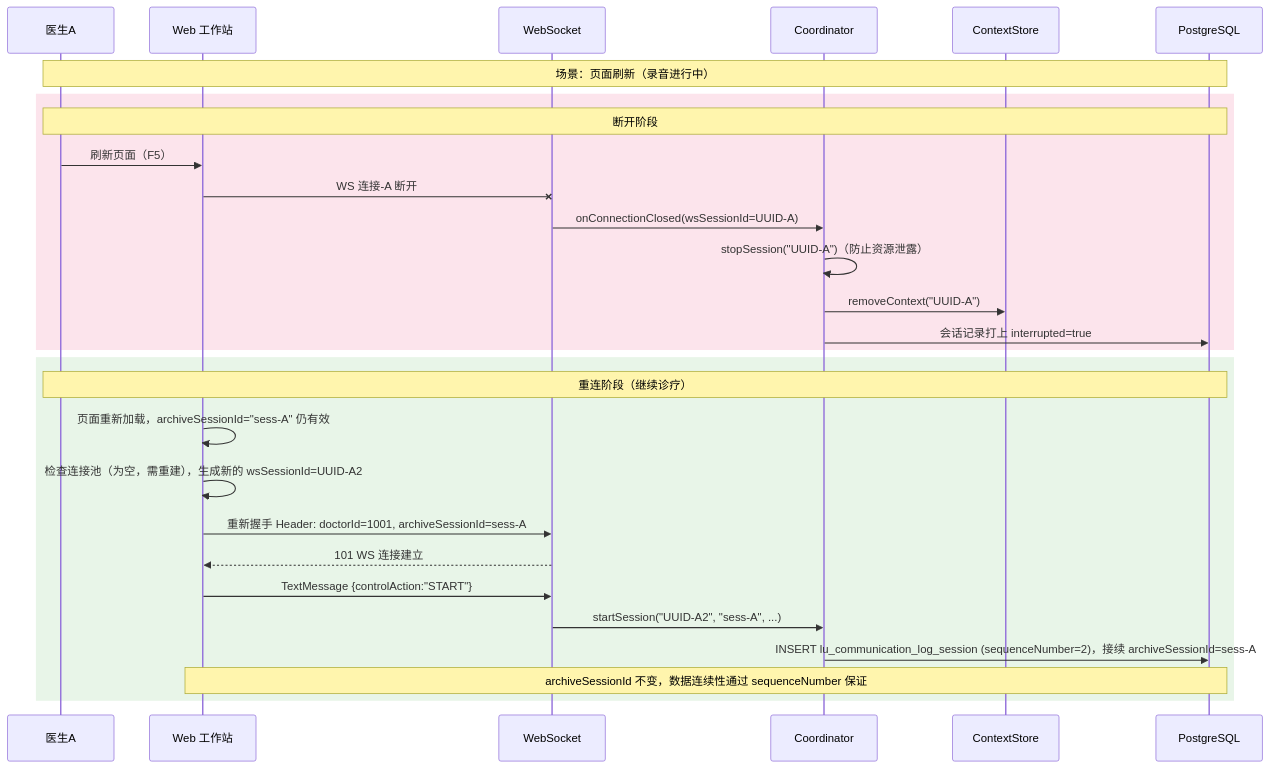
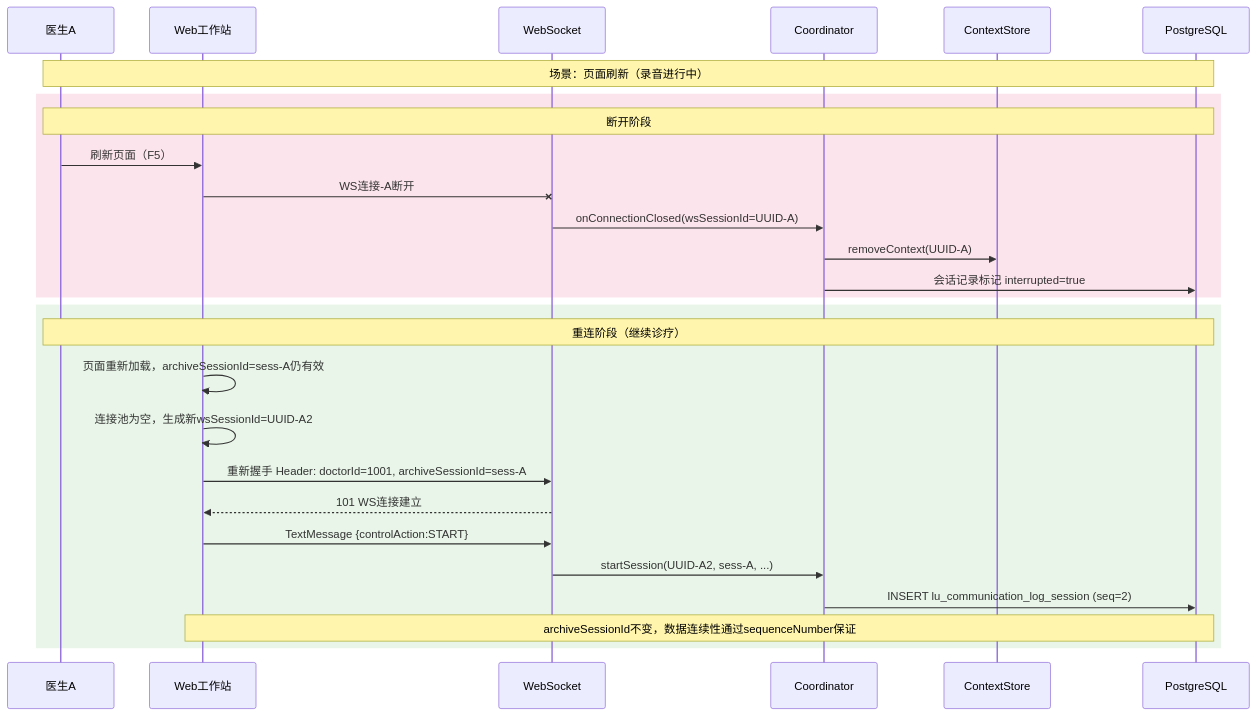
The fifth of 6 diagrams in uml/goodsop/v1.5-recording/web-recording.md (Gamehu/pictures-bed), drawn with Mermaid before and after one commit. The commit also changed other lines of this file and 2 other files, not shown here.

First line of the commit message:
fix: 修复 Mermaid 架构图渲染问题

````diff
--- a/uml/goodsop/v1.5-recording/web-recording.md
+++ b/uml/goodsop/v1.5-recording/web-recording.md
@@ -232,33 +225,32 @@
 ```mermaid
 sequenceDiagram
     participant 医生A
-    participant WEB as Web 工作站
+    participant WEB as Web工作站
     participant GW as WebSocket
     participant Coord as Coordinator
     participant Store as ContextStore
     participant DB as PostgreSQL
 
     Note over 医生A,DB: 场景：页面刷新（录音进行中）
 
     rect rgb(252, 228, 236)
         Note over 医生A,DB: 断开阶段
         医生A ->> WEB: 刷新页面（F5）
-        WEB -x GW: WS 连接-A 断开
+        WEB -x GW: WS连接-A断开
         GW ->> Coord: onConnectionClosed(wsSessionId=UUID-A)
-        Coord ->> Coord: stopSession("UUID-A")（防止资源泄露）
-        Coord ->> Store: removeContext("UUID-A")
-        Coord ->> DB: 会话记录打上 interrupted=true
+        Coord ->> Store: removeContext(UUID-A)
+        Coord ->> DB: 会话记录标记 interrupted=true
     end
 
     rect rgb(232, 245, 232)
         Note over 医生A,DB: 重连阶段（继续诊疗）
-        WEB ->> WEB: 页面重新加载，archiveSessionId="sess-A" 仍有效
-        WEB ->> WEB: 检查连接池（为空，需重建），生成新的 wsSessionId=UUID-A2
+        WEB ->> WEB: 页面重新加载，archiveSessionId=sess-A仍有效
+        WEB ->> WEB: 连接池为空，生成新wsSessionId=UUID-A2
         WEB ->> GW: 重新握手 Header: doctorId=1001, archiveSessionId=sess-A
-        GW -->> WEB: 101 WS 连接建立
-        WEB ->> GW: TextMessage {controlAction:"START"}
-        GW ->> Coord: startSession("UUID-A2", "sess-A", ...)
-        Coord ->> DB: INSERT lu_communication_log_session (sequenceNumber=2)，接续 archiveSessionId=sess-A
-        Note over WEB,DB: archiveSessionId 不变，数据连续性通过 sequenceNumber 保证
+        GW -->> WEB: 101 WS连接建立
+        WEB ->> GW: TextMessage {controlAction:START}
+        GW ->> Coord: startSession(UUID-A2, sess-A, ...)
+        Coord ->> DB: INSERT lu_communication_log_session (seq=2)
+        Note over WEB,DB: archiveSessionId不变，数据连续性通过sequenceNumber保证
     end
 ```
````
